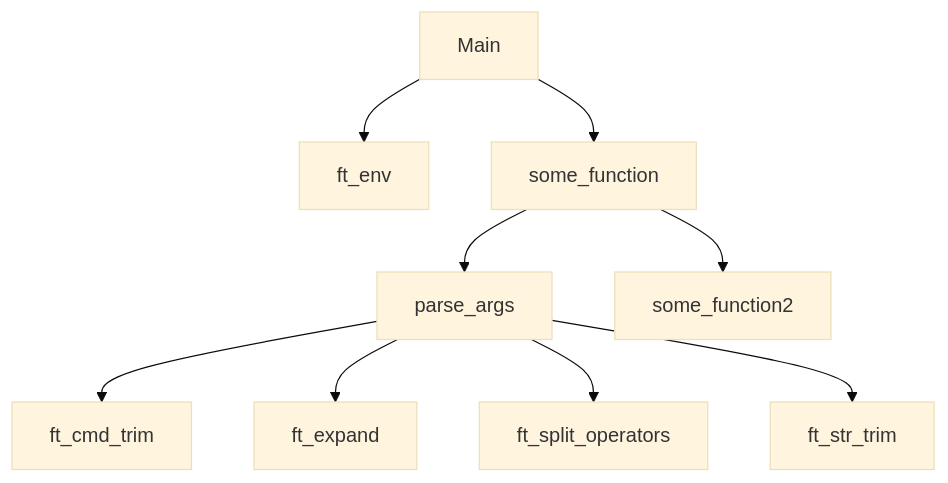
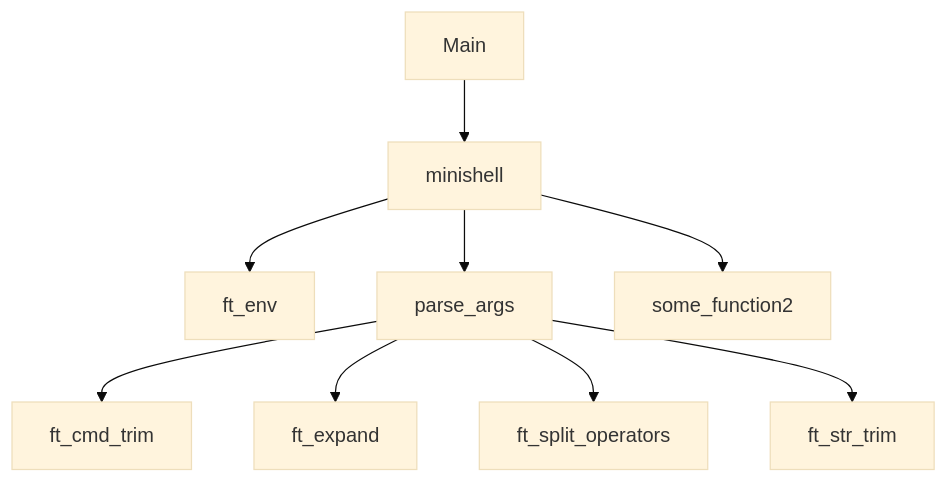
Before and after one commit to DeRuina/minishell: the diagram in README.md, drawn with Mermaid (base theme).

````diff
--- a/README.md
+++ b/README.md
@@ -3,11 +3,11 @@
 ```mermaid
 flowchart TD
-    A[Main] --> B[ft_env]
-    A --> C[some_function]
+    A[Main] --> C[minishell]
+    C --> B[ft_env]
     C --> D[parse_args]
     D --> E[ft_cmd_trim]
     D --> F[ft_expand]
     D --> G[ft_split_operators]
     D --> H[ft_str_trim]
     C --> I[some_function2]
 ```
````
